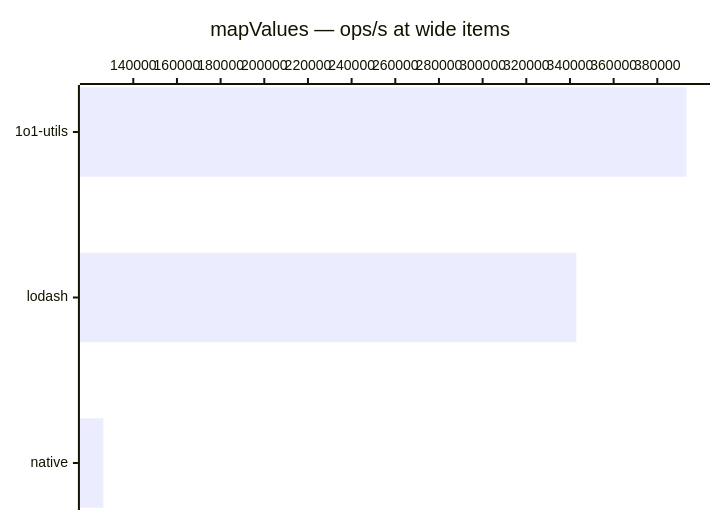
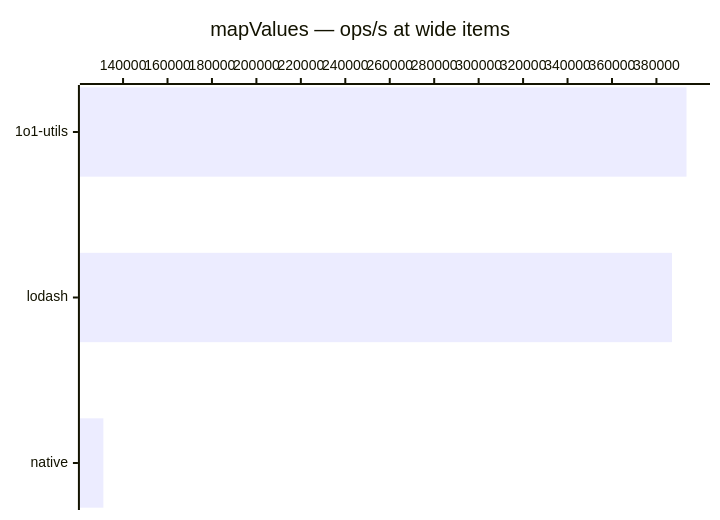
The diagram in docs/benchmarks/map-values.md (pedrotroccoli/1o1-utils), drawn with Mermaid before and after one commit. The commit also changed other lines of this file and 5 other files, not shown here.

````diff
--- a/docs/benchmarks/map-values.md
+++ b/docs/benchmarks/map-values.md
@@ -14,6 +14,6 @@
 ```mermaid
 xychart-beta horizontal
   title "mapValues — ops/s at wide items"
   x-axis ["1o1-utils", "lodash", "native"]
-  bar [393391, 342936, 126310]
+  bar [393546, 386997, 131148]
 ```
````
